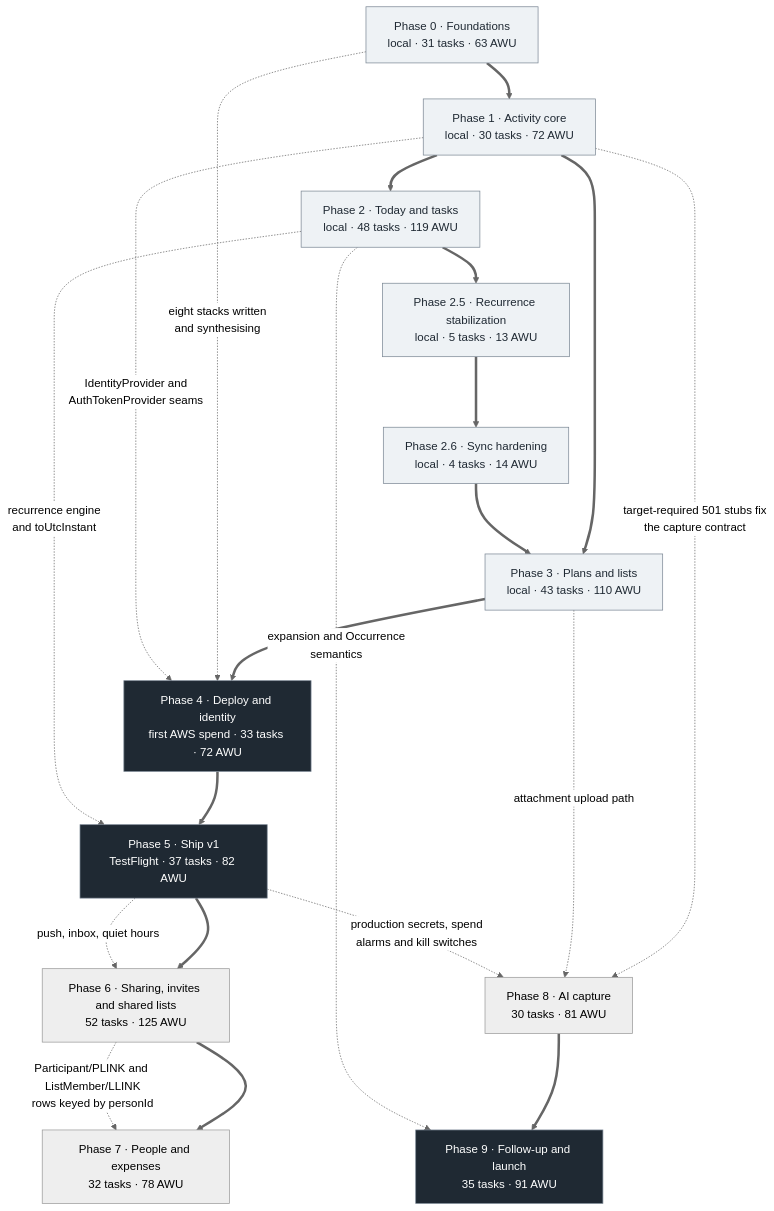
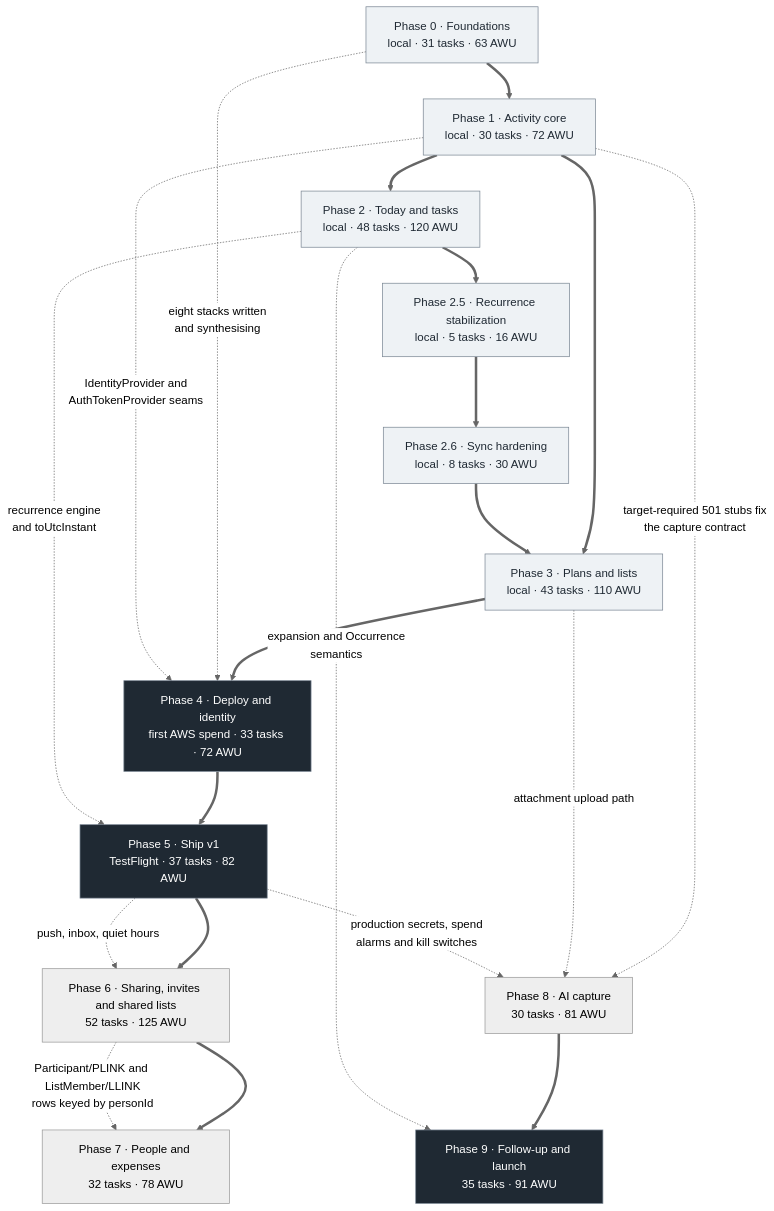
The diagram in docs/03-implementation/roadmap.md (malikujjwal/ordinarydays), drawn with Mermaid (neutral theme) before and after one commit. The commit also changed other lines of this file and 11 other files, not shown here.

Commit message:
docs(architecture): adopt SQLite native state

````diff
--- a/docs/03-implementation/roadmap.md
+++ b/docs/03-implementation/roadmap.md
@@ -272,42 +271,42 @@
 ```mermaid
 graph TD
     P0["Phase 0 · Foundations<br/>local · 31 tasks · 63 AWU"]
     P1["Phase 1 · Activity core<br/>local · 30 tasks · 72 AWU"]
-    P2["Phase 2 · Today and tasks<br/>local · 48 tasks · 119 AWU"]
-    P25["Phase 2.5 · Recurrence stabilization<br/>local · 5 tasks · 13 AWU"]
-    P26["Phase 2.6 · Sync hardening<br/>local · 4 tasks · 14 AWU"]
+    P2["Phase 2 · Today and tasks<br/>local · 48 tasks · 120 AWU"]
+    P25["Phase 2.5 · Recurrence stabilization<br/>local · 5 tasks · 16 AWU"]
+    P26["Phase 2.6 · Sync hardening<br/>local · 8 tasks · 30 AWU"]
     P3["Phase 3 · Plans and lists<br/>local · 43 tasks · 110 AWU"]
     P4["Phase 4 · Deploy and identity<br/>first AWS spend · 33 tasks · 72 AWU"]
     P5["Phase 5 · Ship v1<br/>TestFlight · 37 tasks · 82 AWU"]
     P6["Phase 6 · Sharing, invites and shared lists<br/>52 tasks · 125 AWU"]
     P7["Phase 7 · People and expenses<br/>32 tasks · 78 AWU"]
     P8["Phase 8 · AI capture<br/>30 tasks · 81 AWU"]
     P9["Phase 9 · Follow-up and launch<br/>35 tasks · 91 AWU"]
 
     P0 ==> P1
     P1 ==> P2
     P1 ==> P3
     P2 ==> P25
     P25 ==> P26
     P26 ==> P3
     P3 ==> P4
     P4 ==> P5
     P5 ==> P6
     P6 ==> P7
     P8 ==> P9
 
     P0 -. "eight stacks written<br/>and synthesising" .-> P4
     P1 -. "IdentityProvider and<br/>AuthTokenProvider seams" .-> P4
     P1 -. "target-required 501 stubs fix<br/>the capture contract" .-> P8
     P2 -. "recurrence engine<br/>and toUtcInstant" .-> P5
     P2 -. "expansion and Occurrence<br/>semantics" .-> P9
     P3 -. "attachment upload path" .-> P8
     P5 -. "production secrets, spend<br/>alarms and kill switches" .-> P8
     P5 -. "push, inbox, quiet hours" .-> P6
     P6 -. "Participant/PLINK and ListMember/LLINK<br/>rows keyed by personId" .-> P7
 
     classDef local fill:#eef2f5,stroke:#7b8794,color:#1f2933
     classDef ship fill:#1f2933,stroke:#7b8794,color:#ffffff
     class P0,P1,P2,P25,P26,P3 local
     class P4,P5,P9 ship
 ```
````
